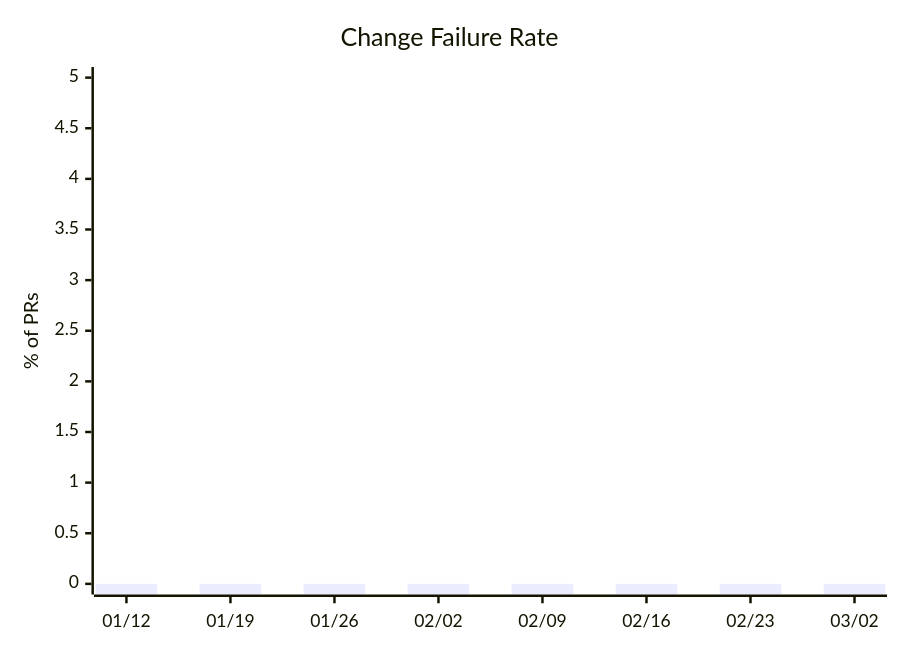
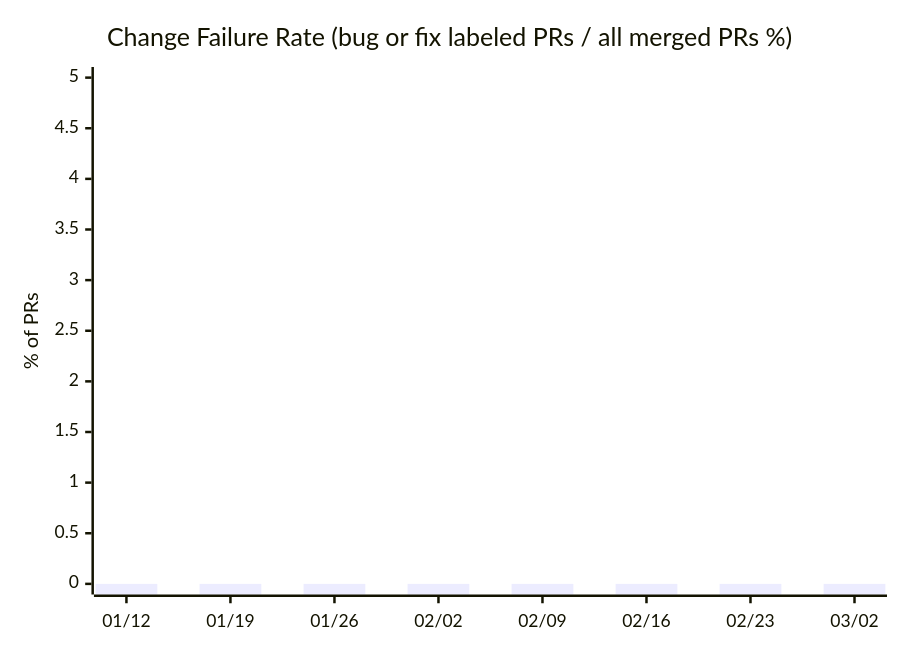
The fourth of 14 diagrams in docs/metrics.md (nablarch/nabledge-dev), drawn with Mermaid before and after one commit. The commit also changed other lines of this file and 4 other files, not shown here.

First line of the commit message:
feat: overhaul metrics output with charts, fix SLOC to v6 only, add label guidelines

````diff
--- a/docs/metrics.md
+++ b/docs/metrics.md
@@ -38,7 +40,7 @@
 ```mermaid
 xychart-beta
-  title "Change Failure Rate"
+  title "Change Failure Rate (bug or fix labeled PRs / all merged PRs %)"
   x-axis ["01/12", "01/19", "01/26", "02/02", "02/09", "02/16", "02/23", "03/02"]
   y-axis "% of PRs" 0 --> 5
   bar [0, 0, 0, 0, 0, 0, 0, 0]
 ```
````
